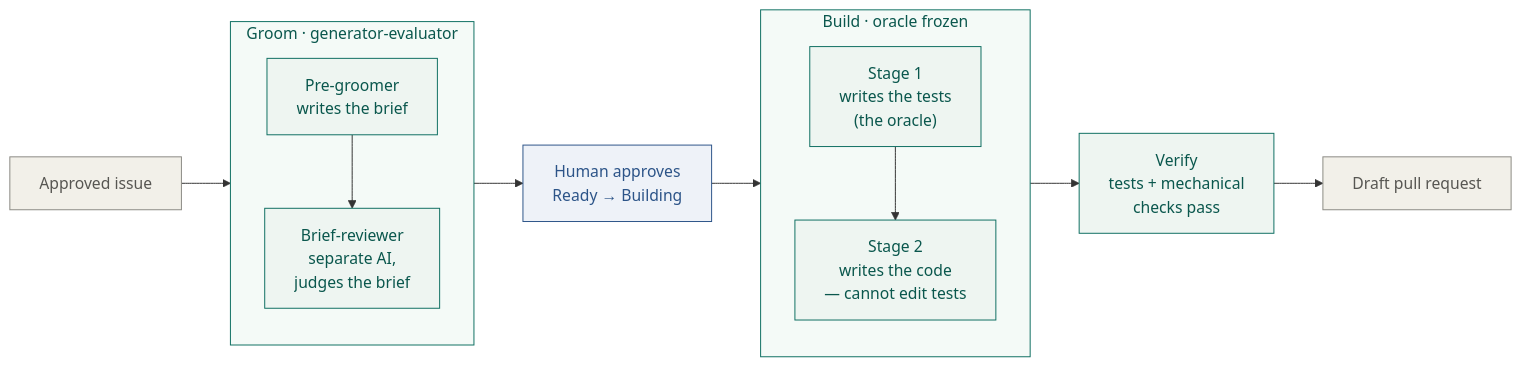
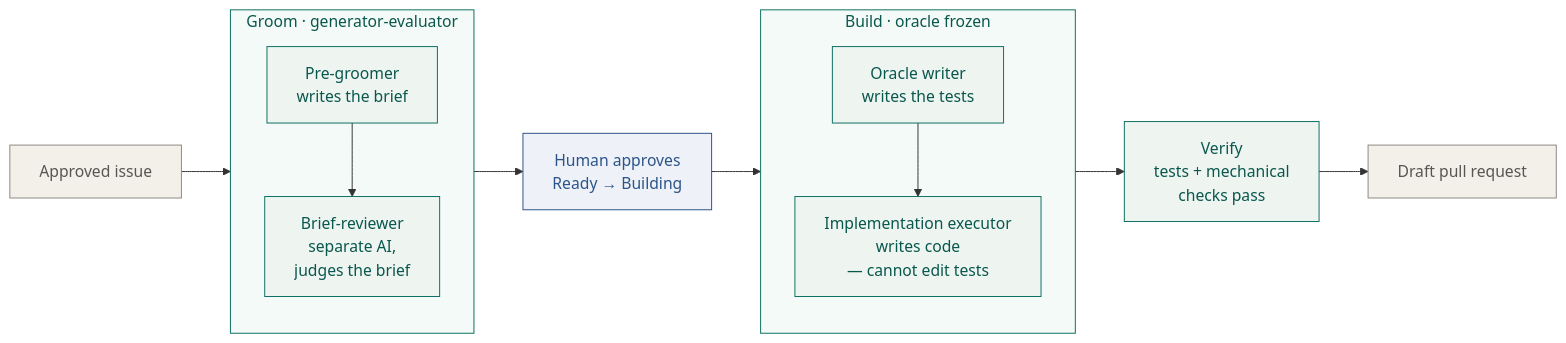
The first of 5 diagrams in docs/architecture/deliver-architecture.md (Calibrax-ai/autoship), drawn with Mermaid before and after one commit. The commit also changed other lines of this file and 21 other files, not shown here.

````diff
--- a/docs/architecture/deliver-architecture.md
+++ b/docs/architecture/deliver-architecture.md
@@ -51,40 +51,40 @@
 ```mermaid
 flowchart LR
     Issue["Approved issue"]
 
     subgraph GROOM ["Groom · generator-evaluator"]
       direction TB
       PG["Pre-groomer<br/>writes the brief"]
       BR["Brief-reviewer<br/>separate AI,<br/>judges the brief"]
       PG --> BR
     end
 
     HA["Human approves<br/>Ready → Building"]
 
     subgraph BUILD ["Build · oracle frozen"]
       direction TB
-      S1["Stage 1<br/>writes the tests<br/>(the oracle)"]
-      S2["Stage 2<br/>writes the code<br/>— cannot edit tests"]
+      S1["Oracle writer<br/>writes the tests"]
+      S2["Implementation executor<br/>writes code<br/>— cannot edit tests"]
       S1 --> S2
     end
 
     V["Verify<br/>tests + mechanical<br/>checks pass"]
     PR["Draft pull request"]
 
     Issue --> GROOM
     GROOM --> HA
     HA --> BUILD
     BUILD --> V
     V --> PR
 
     classDef live fill:#eef5f1,stroke:#0d6e61,color:#0a574d
     classDef human fill:#eef2f8,stroke:#2c5488,color:#2c5488
     classDef ext fill:#f2f0e9,stroke:#8a8983,color:#575652
 
     class PG,BR,S1,S2,V live
     class HA human
     class Issue,PR ext
 
     style GROOM fill:#f4faf7,stroke:#0d6e61,stroke-width:1px,color:#0a574d
     style BUILD fill:#f4faf7,stroke:#0d6e61,stroke-width:1px,color:#0a574d
 ```
````
